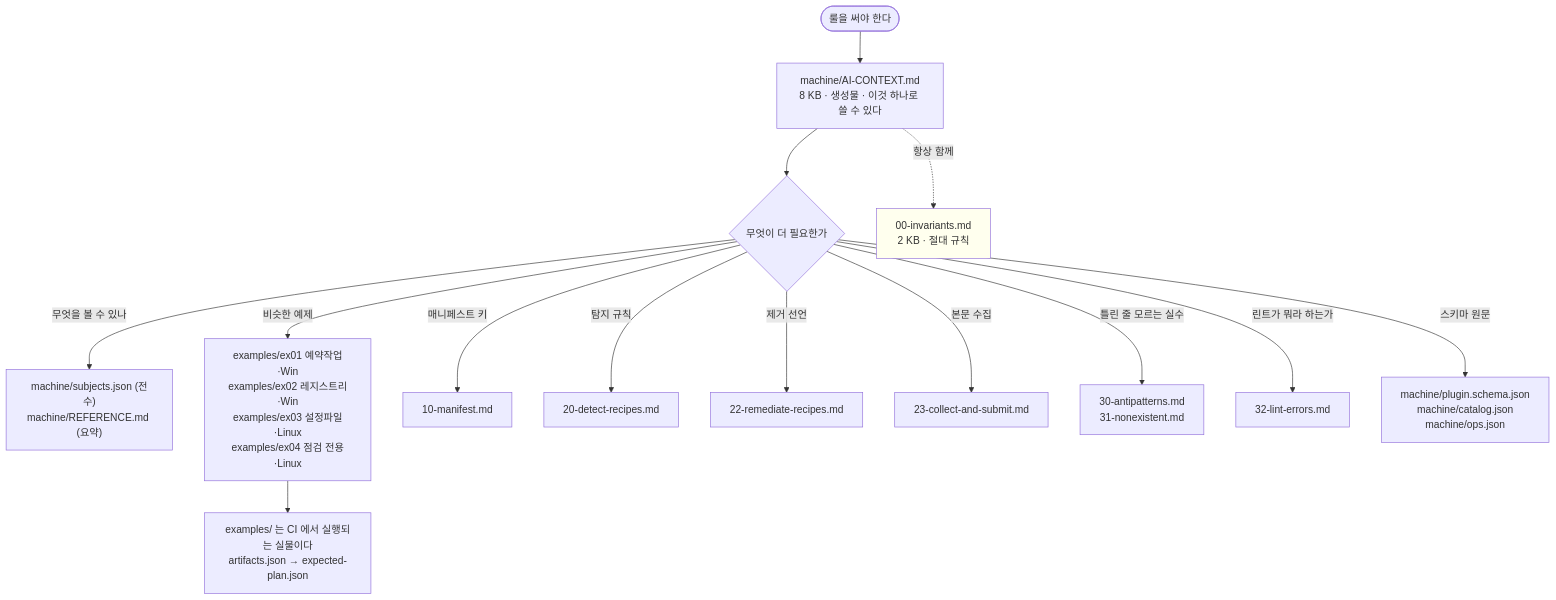
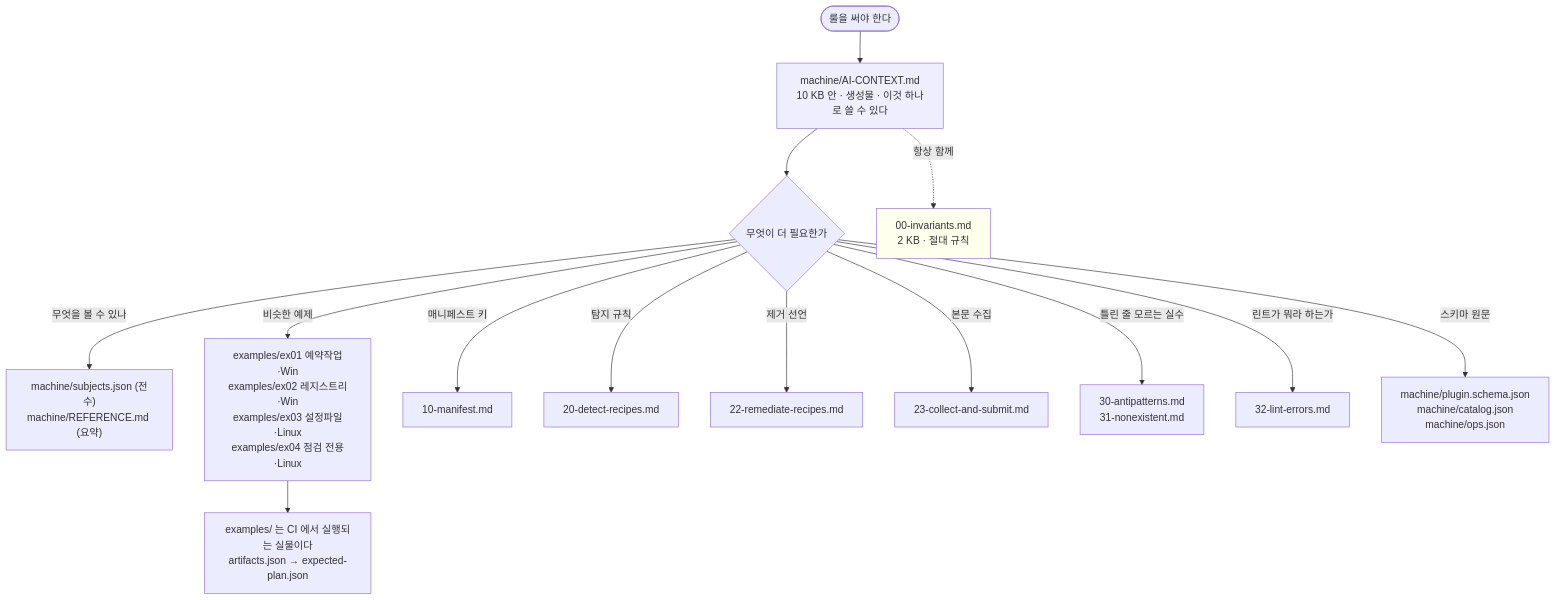
Diagram 13 of 21 in docs/remedy-전체-그림.md (ESTsecurity/remedy), drawn with Mermaid before and after one commit. The commit also changed other lines of this file and 8 other files, not shown here.

````diff
--- a/docs/remedy-전체-그림.md
+++ b/docs/remedy-전체-그림.md
@@ -581,18 +582,18 @@
 ```mermaid
 flowchart TB
-    START([룰을 써야 한다]) --> AI["machine/AI-CONTEXT.md<br/>8 KB · 생성물 · 이것 하나로 쓸 수 있다"]
+    START([룰을 써야 한다]) --> AI["machine/AI-CONTEXT.md<br/>10 KB 안 · 생성물 · 이것 하나로 쓸 수 있다"]
     AI --> NEED{무엇이 더 필요한가}
     NEED -->|"무엇을 볼 수 있나"| S["machine/subjects.json (전수)<br/>machine/REFERENCE.md (요약)"]
     NEED -->|"비슷한 예제"| EX["examples/ex01 예약작업·Win<br/>examples/ex02 레지스트리·Win<br/>examples/ex03 설정파일·Linux<br/>examples/ex04 점검 전용·Linux"]
     NEED -->|"매니페스트 키"| MK["10-manifest.md"]
     NEED -->|"탐지 규칙"| DR["20-detect-recipes.md"]
     NEED -->|"제거 선언"| RR["22-remediate-recipes.md"]
     NEED -->|"본문 수집"| CR["23-collect-and-submit.md"]
     NEED -->|"틀린 줄 모르는 실수"| AP["30-antipatterns.md<br/>31-nonexistent.md"]
     NEED -->|"린트가 뭐라 하는가"| LE["32-lint-errors.md"]
     NEED -->|"스키마 원문"| SC["machine/plugin.schema.json<br/>machine/catalog.json<br/>machine/ops.json"]
     AI -.항상 함께.-> INV["00-invariants.md<br/>2 KB · 절대 규칙"]
     EX --> CI["examples/ 는 CI 에서 실행되는 실물이다<br/>artifacts.json → expected-plan.json"]
     style AI fill:#eef
     style INV fill:#ffe
 ```
````
